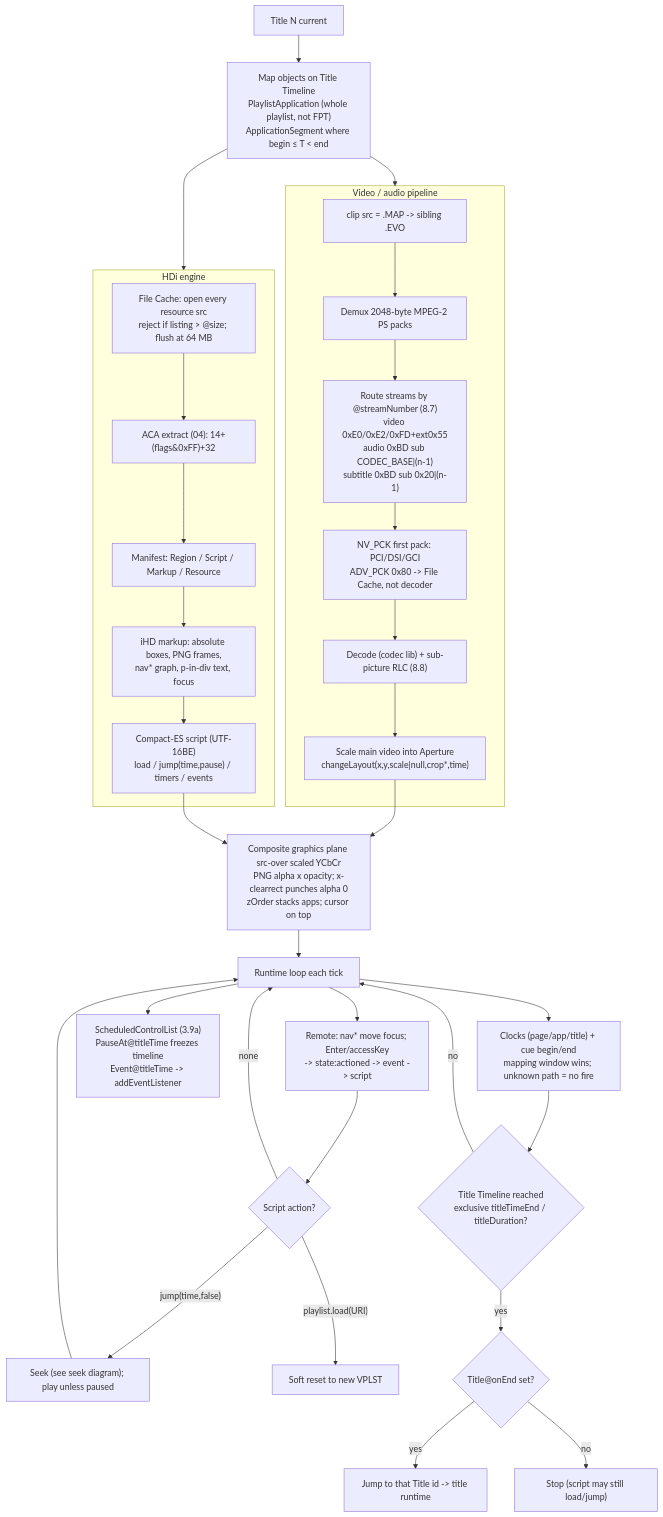
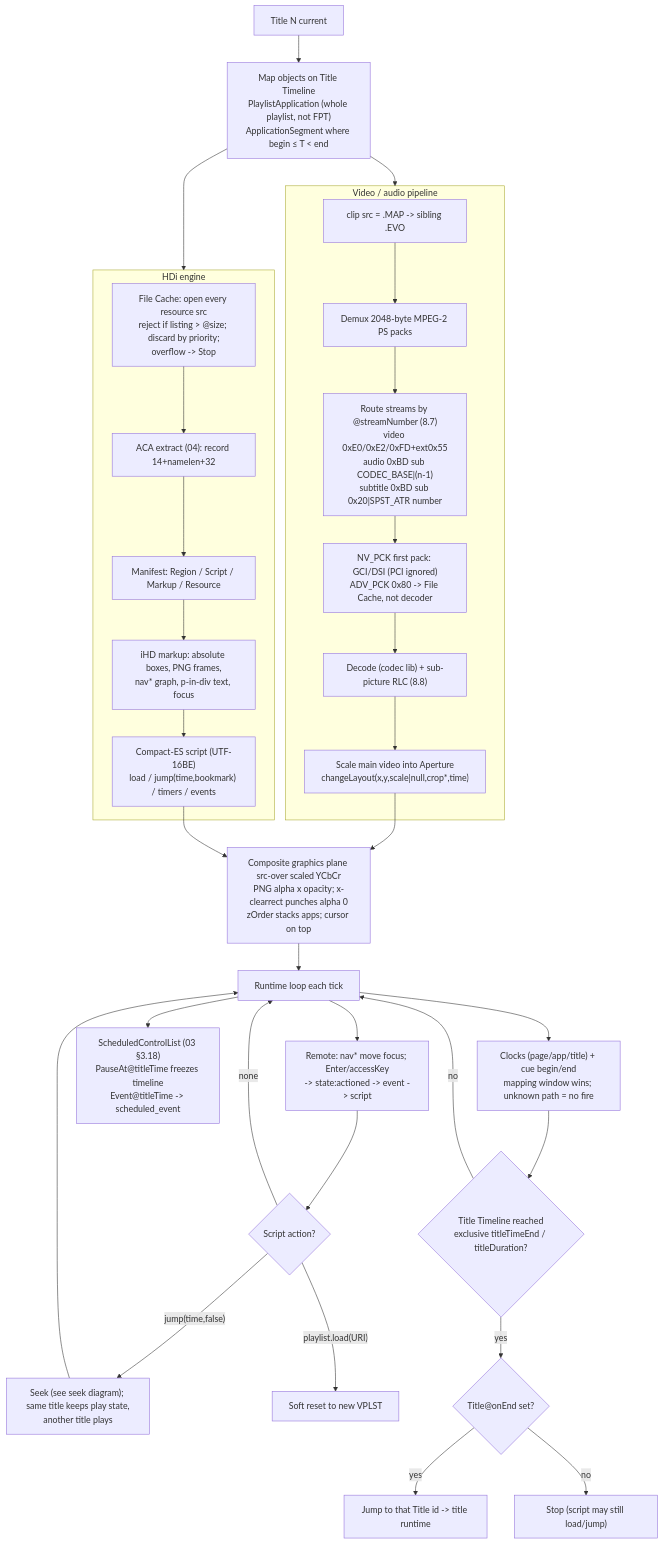
One commit to XHCFS/HDDVD changed the second of 4 diagrams in spec/advanced/10_playback.md. Above: the diagram before and after it, drawn with Mermaid. The commit also changed other lines of this file and 33 other files, not shown here.

First line of the commit message:
Update the playback flow and gap register from the book

````diff
--- a/spec/advanced/10_playback.md
+++ b/spec/advanced/10_playback.md
@@ -47,39 +49,39 @@
 ```{mermaid}
 flowchart TD
   T["Title N current"] --> MAPAPPS["Map objects on Title Timeline<br/>PlaylistApplication (whole playlist, not FPT)<br/>ApplicationSegment where begin &le; T &lt; end"]
   MAPAPPS --> subGV
   MAPAPPS --> subHDI
 
   subgraph subGV["Video / audio pipeline"]
     V1["clip src = .MAP -> sibling .EVO"] --> V2["Demux 2048-byte MPEG-2 PS packs"]
-    V2 --> V3["Route streams by @streamNumber (8.7)<br/>video 0xE0/0xE2/0xFD+ext0x55<br/>audio 0xBD sub CODEC_BASE|(n-1)<br/>subtitle 0xBD sub 0x20|(n-1)"]
-    V3 --> V4["NV_PCK first pack: PCI/DSI/GCI<br/>ADV_PCK 0x80 -> File Cache, not decoder"]
+    V2 --> V3["Route streams by @streamNumber (8.7)<br/>video 0xE0/0xE2/0xFD+ext0x55<br/>audio 0xBD sub CODEC_BASE|(n-1)<br/>subtitle 0xBD sub 0x20|SPST_ATR number"]
+    V3 --> V4["NV_PCK first pack: GCI/DSI (PCI ignored)<br/>ADV_PCK 0x80 -> File Cache, not decoder"]
     V4 --> V5["Decode (codec lib) + sub-picture RLC (8.8)"]
     V5 --> V6["Scale main video into Aperture<br/>changeLayout(x,y,scale|null,crop*,time)"]
   end
 
   subgraph subHDI["HDi engine"]
-    H1["File Cache: open every resource src<br/>reject if listing > @size; flush at 64 MB"] --> H2["ACA extract (04): 14+(flags&0xFF)+32"]
+    H1["File Cache: open every resource src<br/>reject if listing > @size; discard by priority;<br/>overflow -> Stop"] --> H2["ACA extract (04): record 14+namelen+32"]
     H2 --> H3["Manifest: Region / Script / Markup / Resource"]
     H3 --> H4["iHD markup: absolute boxes, PNG frames,<br/>nav* graph, p-in-div text, focus"]
-    H4 --> H5["Compact-ES script (UTF-16BE)<br/>load / jump(time,pause) / timers / events"]
+    H4 --> H5["Compact-ES script (UTF-16BE)<br/>load / jump(time,bookmark) / timers / events"]
   end
 
   V6 --> COMP["Composite graphics plane src-over scaled YCbCr<br/>PNG alpha x opacity; x-clearrect punches alpha 0<br/>zOrder stacks apps; cursor on top"]
   H5 --> COMP
 
   COMP --> LOOP["Runtime loop each tick"]
   LOOP --> CUE["Clocks (page/app/title) + cue begin/end<br/>mapping window wins; unknown path = no fire"]
-  LOOP --> SCL["ScheduledControlList (3.9a)<br/>PauseAt@titleTime freezes timeline<br/>Event@titleTime -> addEventListener"]
+  LOOP --> SCL["ScheduledControlList (03 §3.18)<br/>PauseAt@titleTime freezes timeline<br/>Event@titleTime -> scheduled_event"]
   LOOP --> RC["Remote: nav* move focus; Enter/accessKey<br/>-> state:actioned -> event -> script"]
   RC --> ACT{"Script action?"}
-  ACT -->|"jump(time,false)"| SEEK["Seek (see seek diagram); play unless paused"]
+  ACT -->|"jump(time,false)"| SEEK["Seek (see seek diagram); same title keeps play state,<br/>another title plays"]
   ACT -->|"playlist.load(URI)"| RELOAD["Soft reset to new VPLST"]
   ACT -->|none| LOOP
   SEEK --> LOOP
   CUE --> ENDCHK{"Title Timeline reached<br/>exclusive titleTimeEnd / titleDuration?"}
   ENDCHK -->|no| LOOP
   ENDCHK -->|yes| ONEND{"Title@onEnd set?"}
   ONEND -->|yes| NEXT["Jump to that Title id -> title runtime"]
   ONEND -->|no| STOP["Stop (script may still load/jump)"]
 ```
````
